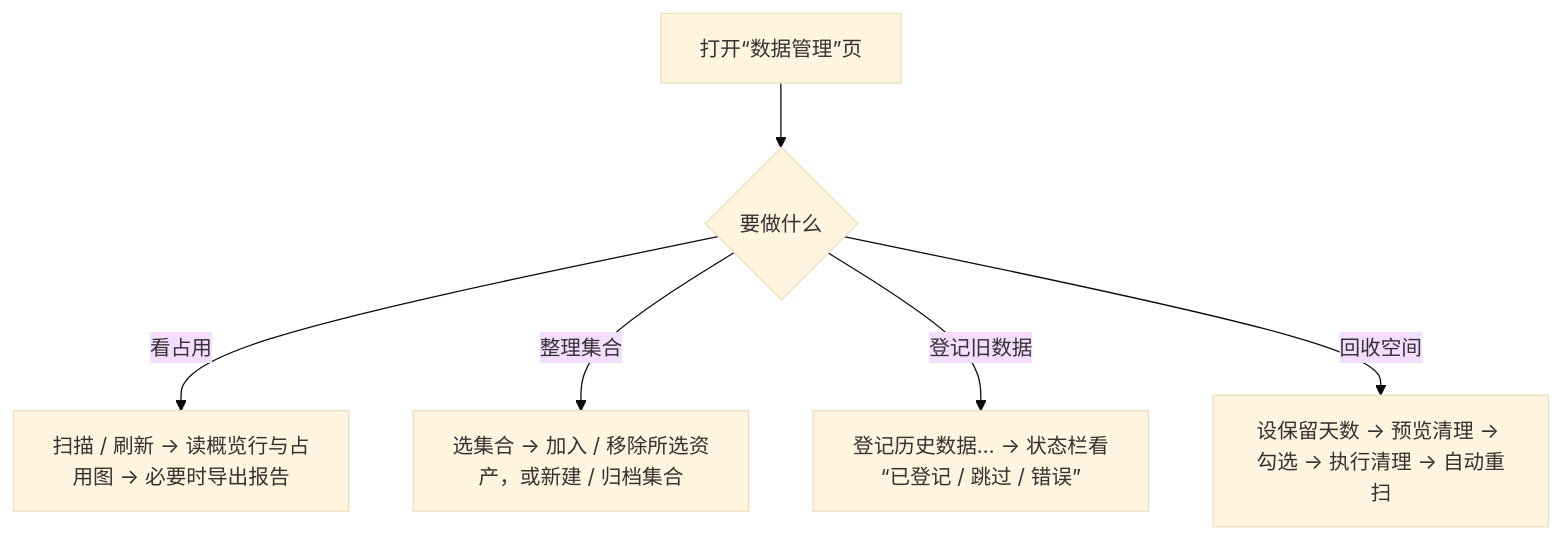
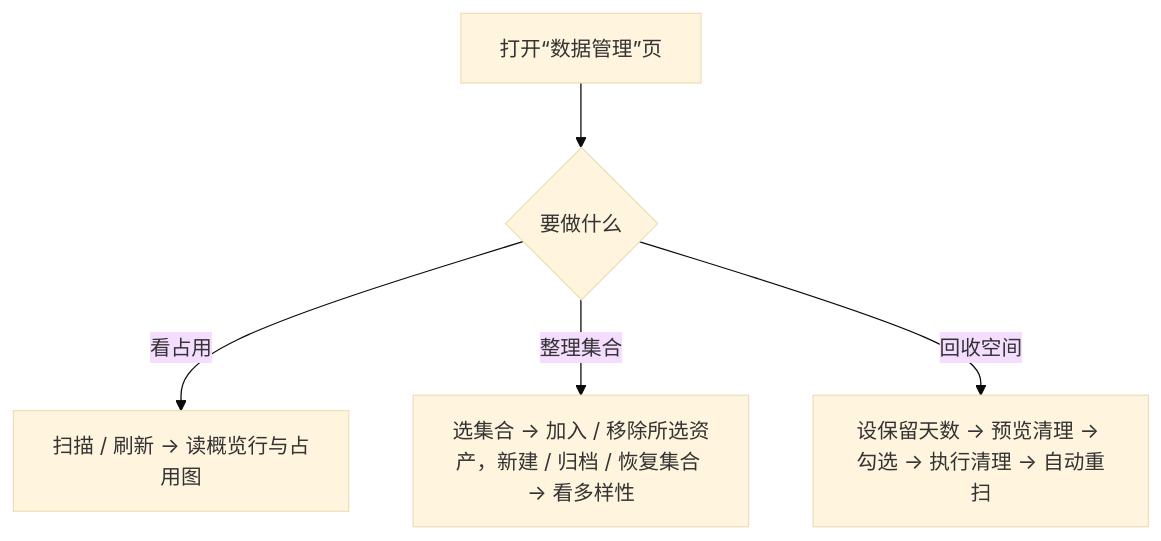
Before and after one commit to darkking1112/SimuSingal: the second of 2 diagrams in docs/电磁信号分析和识别/09数据管理.md, drawn with Mermaid (base theme). The commit also changed other lines of this file and 37 other files, not shown here.

````diff
--- a/docs/电磁信号分析和识别/09数据管理.md
+++ b/docs/电磁信号分析和识别/09数据管理.md
@@ -258,8 +300,7 @@
 ```mermaid
 flowchart TD
     A[打开“数据管理”页] --> B{要做什么}
-    B -- 看占用 --> C[扫描 / 刷新 → 读概览行与占用图 → 必要时导出报告]
-    B -- 整理集合 --> D[选集合 → 加入 / 移除所选资产，或新建 / 归档集合]
-    B -- 登记旧数据 --> E[登记历史数据… → 状态栏看“已登记 / 跳过 / 错误”]
-    B -- 回收空间 --> F[设保留天数 → 预览清理 → 勾选 → 执行清理 → 自动重扫]
+    B -- 看占用 --> C[扫描 / 刷新 → 读概览行与占用图]
+    B -- 整理集合 --> D[选集合 → 加入 / 移除所选资产，新建 / 归档 / 恢复集合 → 看多样性]
+    B -- 回收空间 --> E[设保留天数 → 预览清理 → 勾选 → 执行清理 → 自动重扫]
 ```
````
